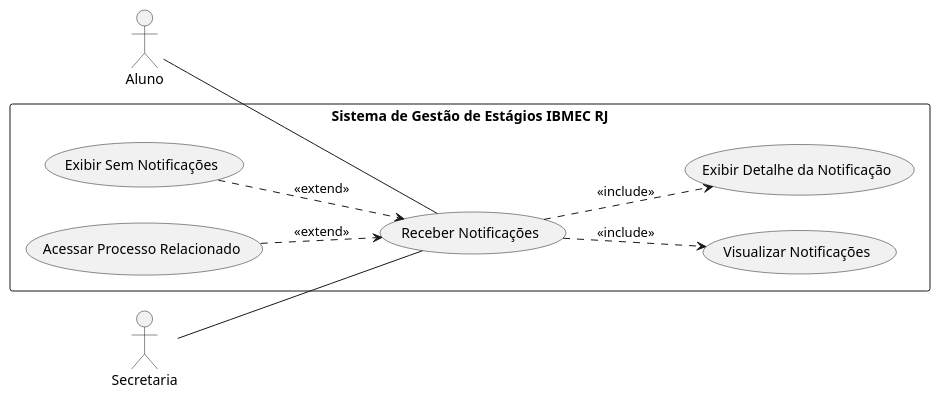
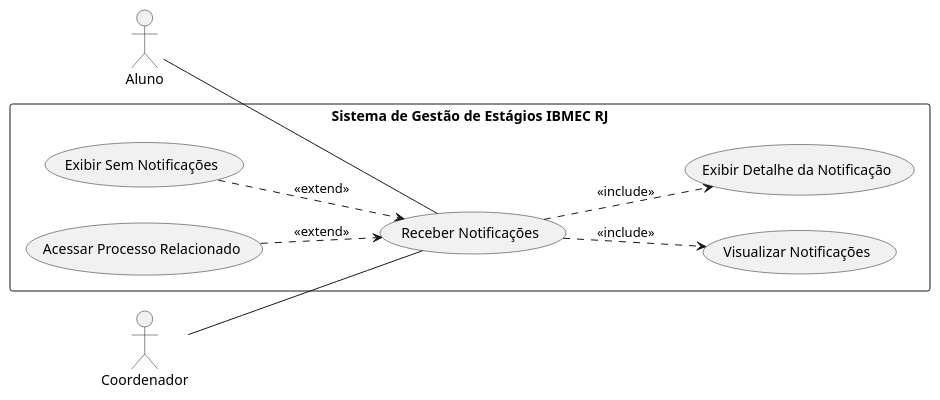
One commit to Projetos-de-Extensao/PBE_26.1_8002_I changed the seventh of 8 diagrams in docs/Elaboracao/casos_de_uso.md. Above: the diagram before and after it, drawn with PlantUML. The commit also changed other lines of this file, not shown here.

Commit message:
Troca secretária/coordenador

````diff
--- a/docs/Elaboracao/casos_de_uso.md
+++ b/docs/Elaboracao/casos_de_uso.md
@@ -363,29 +363,29 @@
 ```puml
 @startuml
 left to right direction
 
 actor Aluno
-actor Secretaria
+actor Coordenador
 
 rectangle "Sistema de Gestão de Estágios IBMEC RJ" {
 
   usecase "Receber Notificações" as UC1
   usecase "Visualizar Notificações" as UC2
   usecase "Exibir Detalhe da Notificação" as UC3
   usecase "Exibir Sem Notificações" as UC4
   usecase "Acessar Processo Relacionado" as UC5
 
 }
 
 Aluno -- UC1
-Secretaria -- UC1
+Coordenador -- UC1
 
 UC1 ..> UC2 : <<include>>
 UC1 ..> UC3 : <<include>>
 
 UC4 ..> UC1 : <<extend>>
 UC5 ..> UC1 : <<extend>>
 
 @enduml
 
 ```
````
